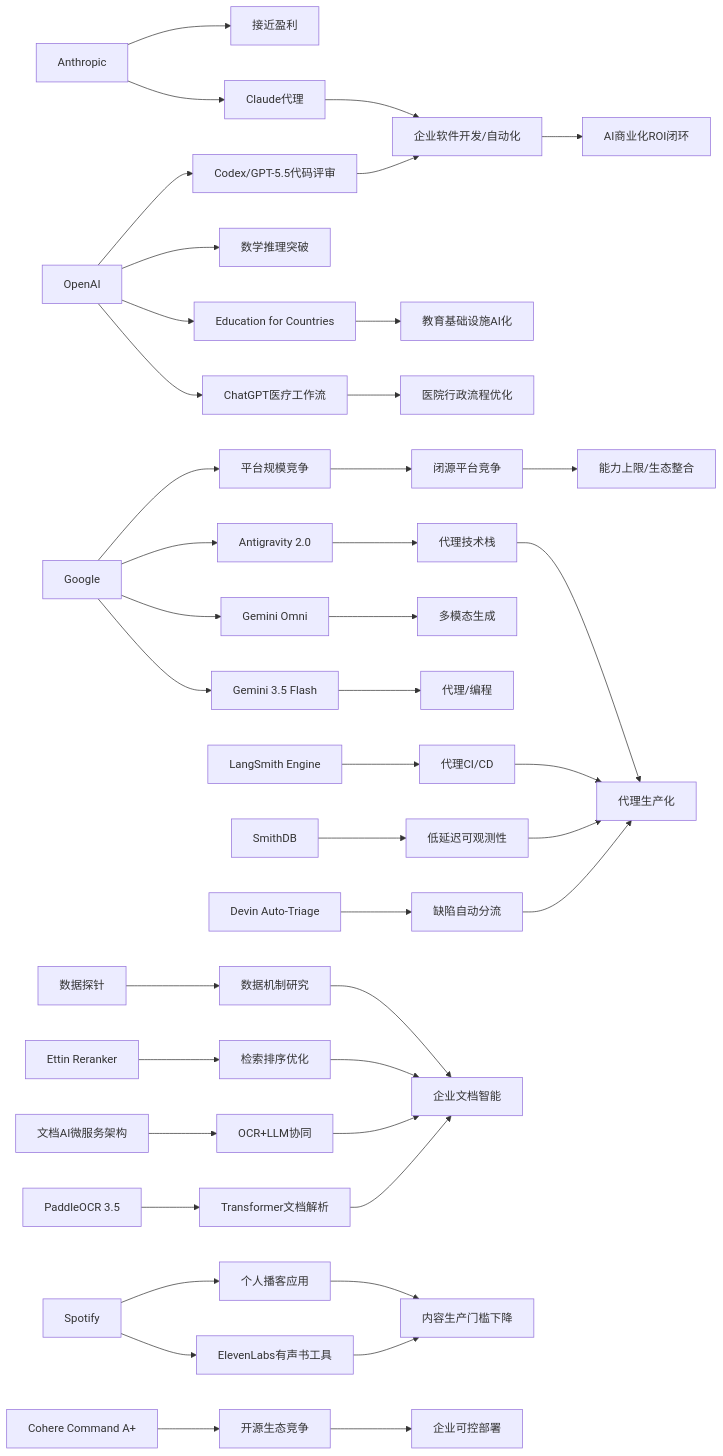
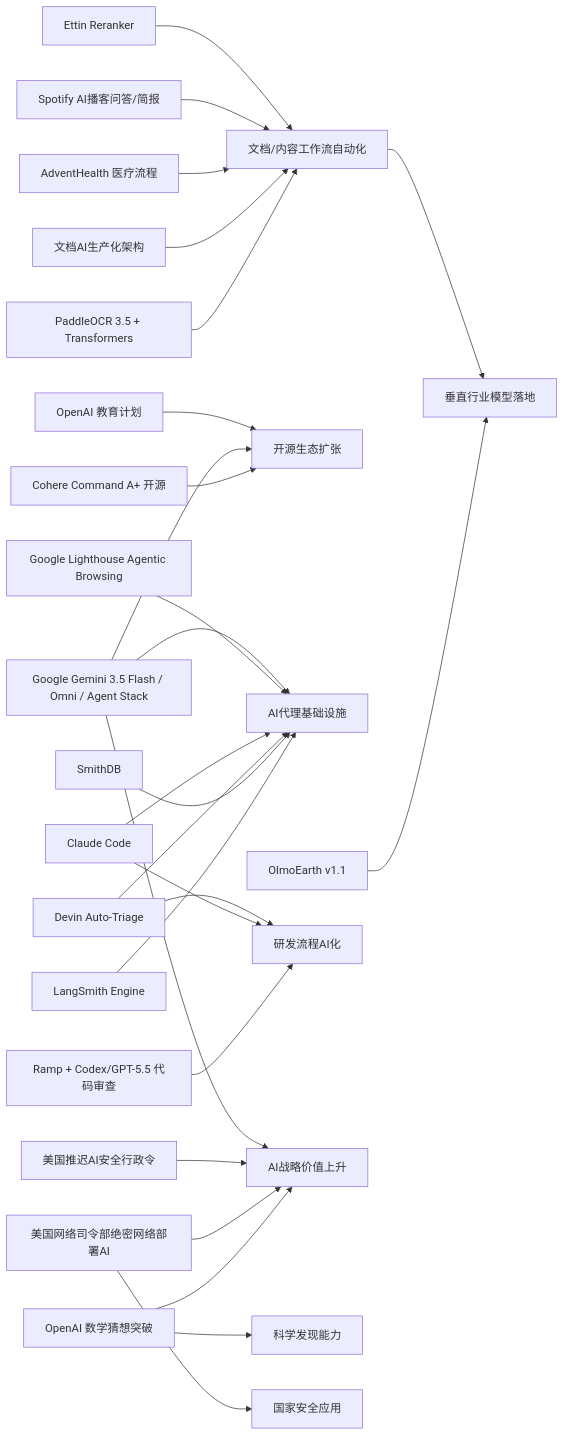
One commit to zhuxinfei/ai-daily-site changed the diagram in content/cn/2026/2026-05/2026-05-21.md. Above: the diagram before and after it, drawn with Mermaid. The commit also changed other lines of this file, not shown here.

````diff
--- a/content/cn/2026/2026-05/2026-05-21.md
+++ b/content/cn/2026/2026-05/2026-05-21.md
@@ -149,50 +105,52 @@
 ```mermaid
 graph LR
-    A[Anthropic] --> B[Claude代理]
-    A --> C[接近盈利]
-    B --> D[企业软件开发/自动化]
-    D --> E[AI商业化ROI闭环]
+    Cohere[Cohere Command A+ 开源]
+    Google[Google Gemini 3.5 Flash / Omni / Agent Stack]
+    OpenAIEdu[OpenAI 教育计划]
+    OpenAIMath[OpenAI 数学猜想突破]
+    AdventHealth[AdventHealth 医疗流程]
+    LangSmith[LangSmith Engine]
+    SmithDB[SmithDB]
+    Devin[Devin Auto-Triage]
+    ClaudeCode[Claude Code]
+    Lighthouse[Google Lighthouse Agentic Browsing]
+    PaddleOCR[PaddleOCR 3.5 + Transformers]
+    DocAI[文档AI生产化架构]
+    Spotify[Spotify AI播客问答/简报]
+    Ramp[Ramp + Codex/GPT-5.5 代码审查]
+    Cyber[美国网络司令部绝密网络部署AI]
+    Policy[美国推迟AI安全行政令]
+    Ettin[Ettin Reranker]
+    OlmoEarth[OlmoEarth v1.1]
 
-    F[OpenAI] --> G[ChatGPT医疗工作流]
-    F --> H[Education for Countries]
-    F --> I[数学推理突破]
-    F --> J[Codex/GPT-5.5代码评审]
-    G --> K[医院行政流程优化]
-    H --> L[教育基础设施AI化]
-    J --> D
+    Cohere --> Ecosystem[开源生态扩张]
+    Google --> Ecosystem
+    OpenAIEdu --> Ecosystem
 
-    M[Google] --> N[Gemini 3.5 Flash]
-    M --> O[Gemini Omni]
-    M --> P[Antigravity 2.0]
-    N --> Q[代理/编程]
-    O --> R[多模态生成]
-    P --> S[代理技术栈]
-    M --> T[平台规模竞争]
+    LangSmith --> AgentInfra[AI代理基础设施]
+    SmithDB --> AgentInfra
+    Devin --> AgentInfra
+    ClaudeCode --> AgentInfra
+    Lighthouse --> AgentInfra
+    Google --> AgentInfra
 
-    U[LangSmith Engine] --> V[代理CI/CD]
-    W[SmithDB] --> X[低延迟可观测性]
-    Y[Devin Auto-Triage] --> Z[缺陷自动分流]
-    V --> AA[代理生产化]
-    X --> AA
-    Z --> AA
-    S --> AA
+    PaddleOCR --> Workflow[文档/内容工作流自动化]
+    DocAI --> Workflow
+    AdventHealth --> Workflow
+    Spotify --> Workflow
+    Ettin --> Workflow
 
-    AB[PaddleOCR 3.5] --> AC[Transformer文档解析]
-    AD[文档AI微服务架构] --> AE[OCR+LLM协同]
-    AF[Ettin Reranker] --> AG[检索排序优化]
-    AH[数据探针] --> AI[数据机制研究]
-    AC --> AJ[企业文档智能]
-    AE --> AJ
-    AG --> AJ
-    AI --> AJ
+    Ramp --> DevAI[研发流程AI化]
+    ClaudeCode --> DevAI
+    Devin --> DevAI
 
-    AK[Spotify] --> AL[ElevenLabs有声书工具]
-    AK --> AM[个人播客应用]
-    AL --> AN[内容生产门槛下降]
-    AM --> AN
+    OpenAIMath --> Strategic[AI战略价值上升]
+    Cyber --> Strategic
+    Policy --> Strategic
+    Google --> Strategic
+    OpenAIMath --> Science[科学发现能力]
+    Cyber --> Security[国家安全应用]
 
-    AO[Cohere Command A+] --> AP[开源生态竞争]
-    T --> AQ[闭源平台竞争]
-    AP --> AR[企业可控部署]
-    AQ --> AS[能力上限/生态整合]
+    OlmoEarth --> Vertical[垂直行业模型落地]
+    Workflow --> Vertical
 ```
````
